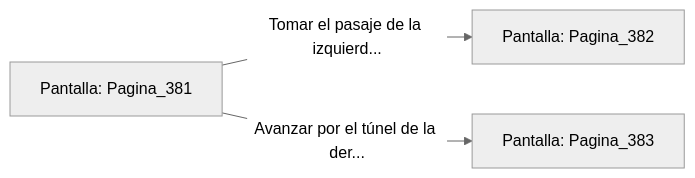
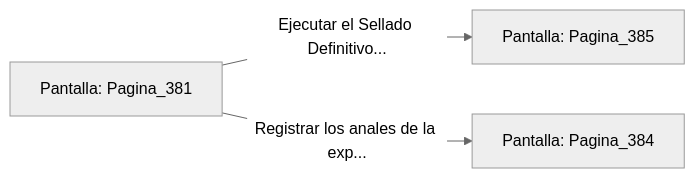
The diagram in sample/eligejuego-vault/Pantalla_Pagina_381.md (metsuke/mpl), drawn with Mermaid (neutral theme) before and after one commit. The commit also changed other lines of this file and 635 other files, not shown here.

First line of the commit message:
fix: añadir Pagina_1 como pantalla inicial en capitulo_01.mpl

````diff
--- a/sample/eligejuego-vault/Pantalla_Pagina_381.md
+++ b/sample/eligejuego-vault/Pantalla_Pagina_381.md
@@ -20,6 +24,6 @@
 ```mermaid
 graph LR
     P_Pagina_381["Pantalla: Pagina_381"]
-    P_Pagina_381 -->|"Tomar el pasaje de la izquierd..."| P_Pagina_382["Pantalla: Pagina_382"]
-    P_Pagina_381 -->|"Avanzar por el túnel de la der..."| P_Pagina_383["Pantalla: Pagina_383"]
+    P_Pagina_381 -->|"Ejecutar el Sellado Definitivo..."| P_Pagina_385["Pantalla: Pagina_385"]
+    P_Pagina_381 -->|"Registrar los anales de la exp..."| P_Pagina_384["Pantalla: Pagina_384"]
 ```
````
